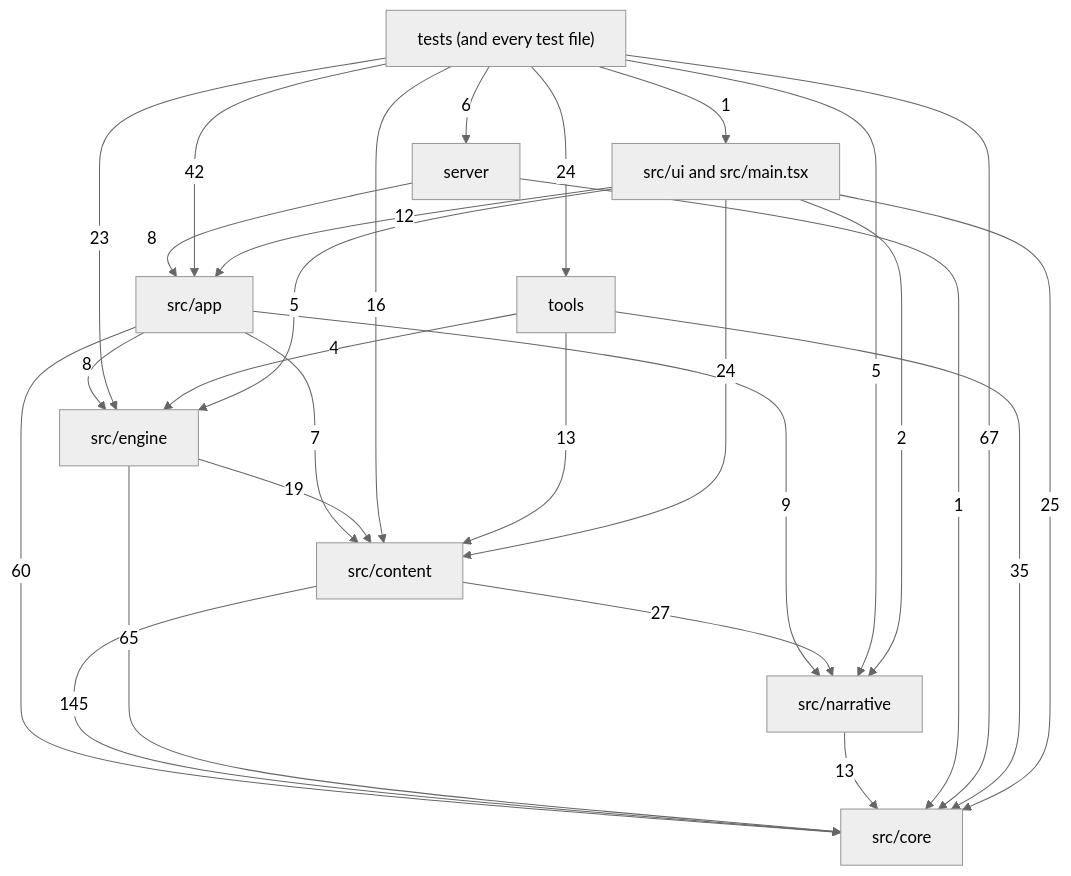
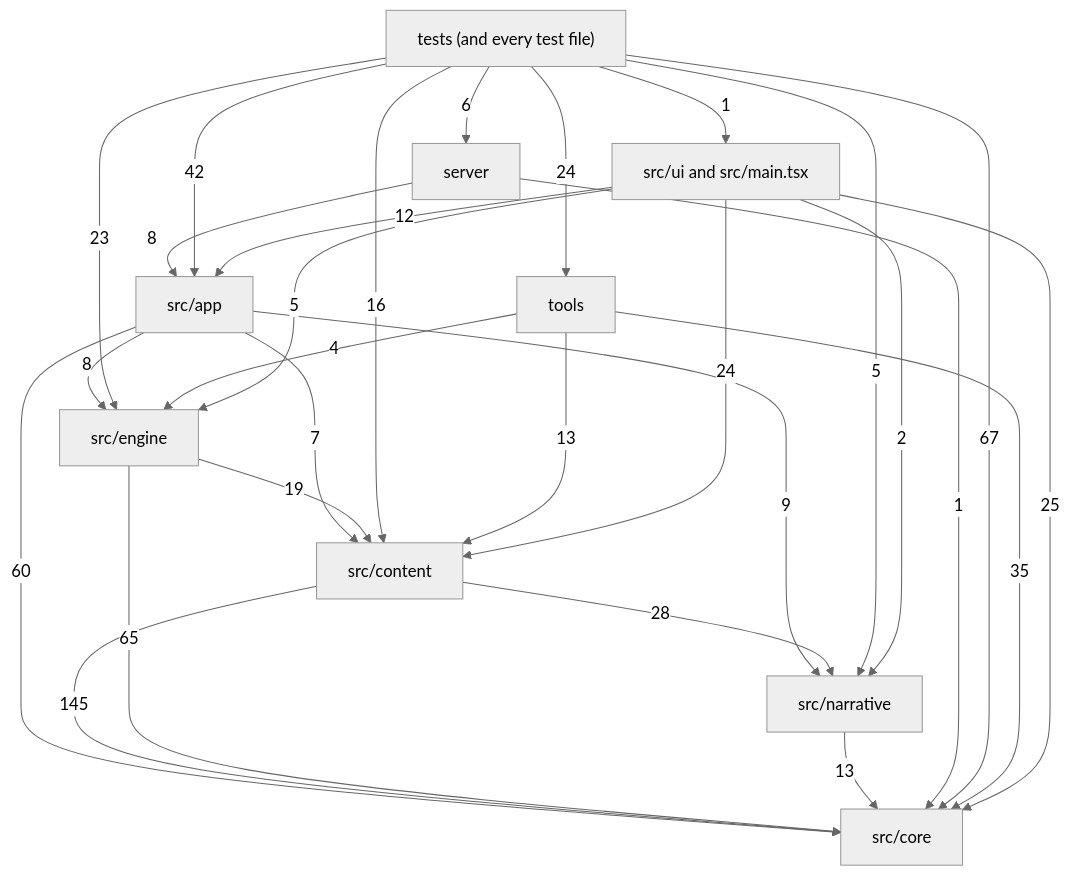
The diagram in docs/reference/code-map/README.md (OrangeB0lt/Cyber-funk), drawn with Mermaid (neutral theme) before and after one commit. The commit also changed other lines of this file and 7 other files, not shown here.

````diff
--- a/docs/reference/code-map/README.md
+++ b/docs/reference/code-map/README.md
@@ -29,39 +29,39 @@
 ```mermaid
 flowchart TD
   core["src/core"]
   narrative["src/narrative"]
   content["src/content"]
   engine["src/engine"]
   app["src/app"]
   ui["src/ui and src/main.tsx"]
   server["server"]
   tools["tools"]
   tests["tests (and every test file)"]
   app -->|7| content
   app -->|60| core
   app -->|8| engine
   app -->|9| narrative
   content -->|145| core
-  content -->|27| narrative
+  content -->|28| narrative
   engine -->|19| content
   engine -->|65| core
   narrative -->|13| core
   server -->|8| app
   server -->|1| core
   tests -->|42| app
   tests -->|16| content
   tests -->|67| core
   tests -->|23| engine
   tests -->|5| narrative
   tests -->|6| server
   tests -->|24| tools
   tests -->|1| ui
   tools -->|13| content
   tools -->|35| core
   tools -->|4| engine
   ui -->|12| app
   ui -->|24| content
   ui -->|25| core
   ui -->|5| engine
   ui -->|2| narrative
 ```
````
